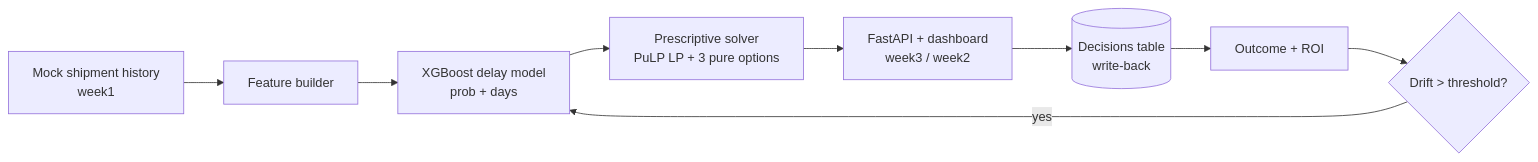
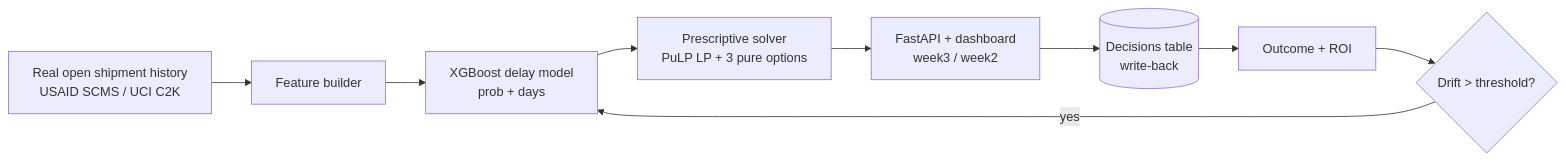
Before and after one commit to bhattchintan8540-cmd/Supply-Prescript: the diagram in README.md, drawn with Mermaid. The commit also changed other lines of this file and 31 other files, not shown here.

First line of the commit message:
Replace mock 4000-row generator with real open shipment data

````diff
--- a/README.md
+++ b/README.md
@@ -25,11 +25,11 @@
 ```mermaid
 flowchart LR
-  A[Mock shipment history<br/>week1] --> B[Feature builder]
+  A[Real open shipment history<br/>USAID SCMS / UCI C2K] --> B[Feature builder]
   B --> C[XGBoost delay model<br/>prob + days]
   C --> D[Prescriptive solver<br/>PuLP LP + 3 pure options]
   D --> E[FastAPI + dashboard<br/>week3 / week2]
   E --> F[(Decisions table<br/>write-back)]
   F --> G[Outcome + ROI]
   G --> H{Drift > threshold?}
   H -->|yes| C
 ```
````
